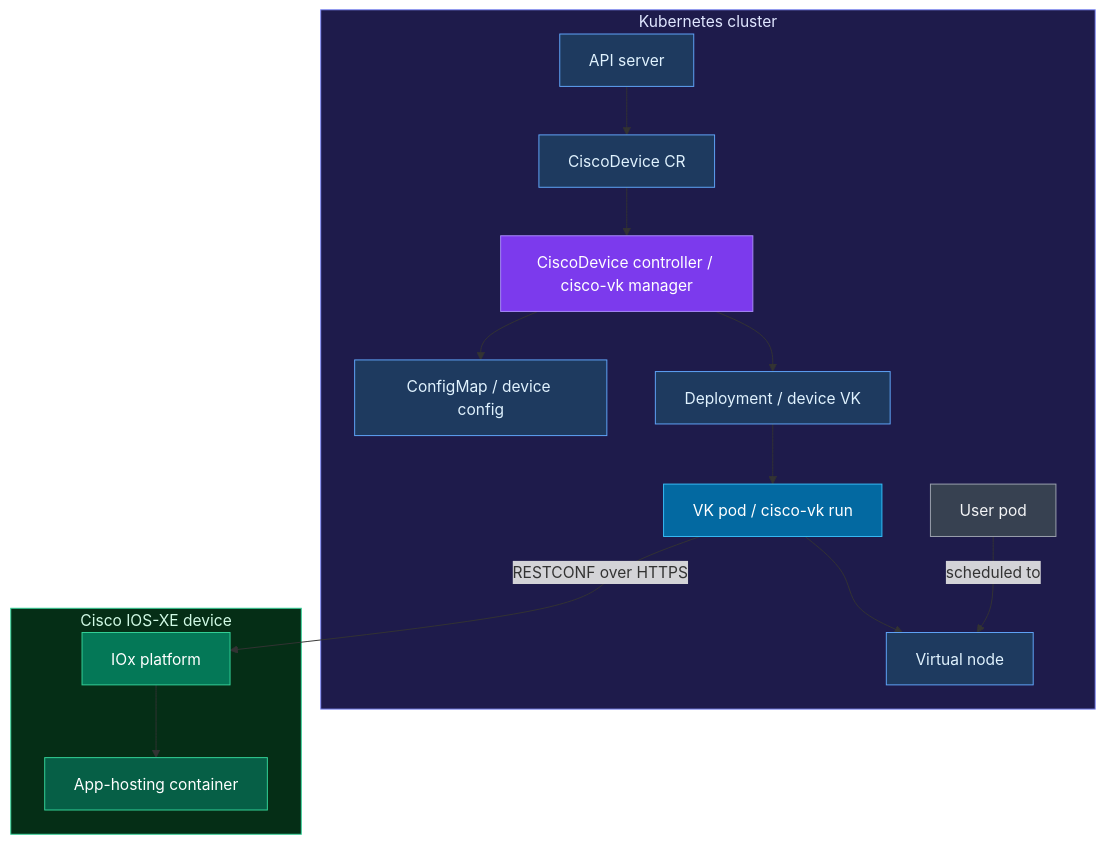
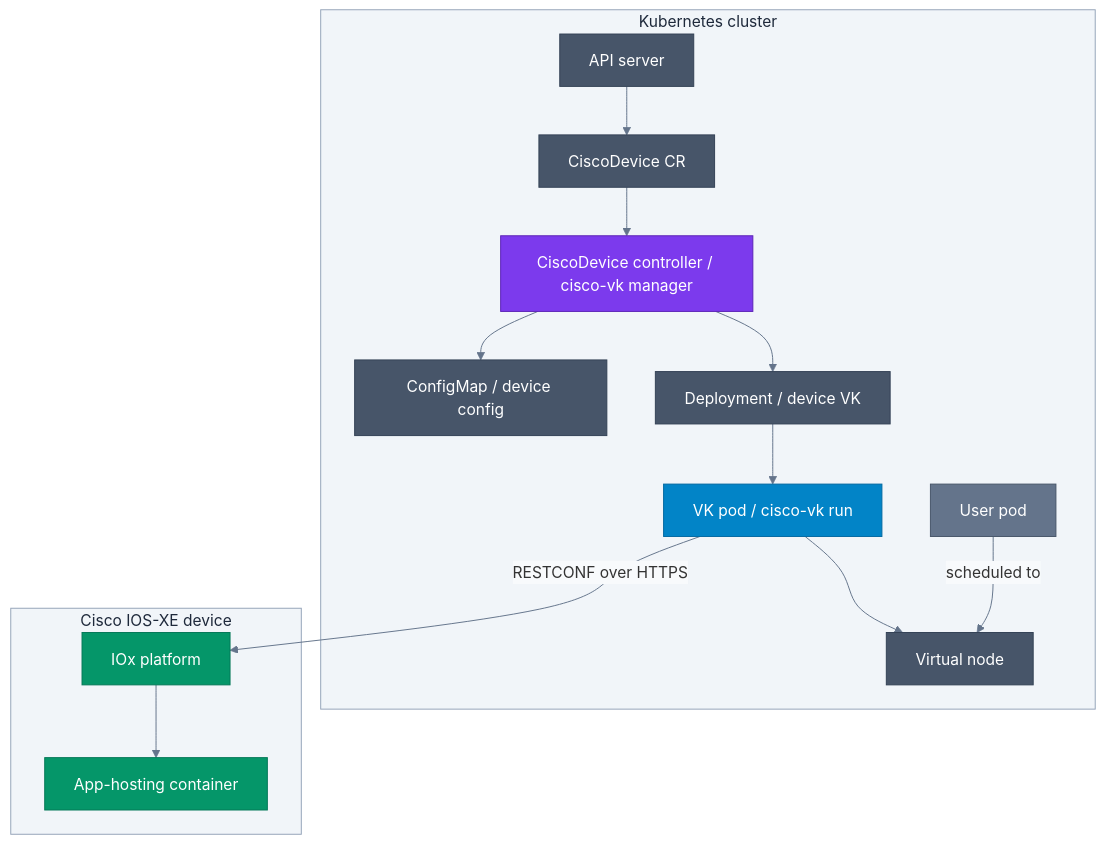
Before and after one commit to cisco-open/cisco-virtual-kubelet: the first of 4 diagrams in docs/ARCHITECTURE.md, drawn with Mermaid. The commit also changed 2 other files, not shown here.

````diff
--- a/docs/ARCHITECTURE.md
+++ b/docs/ARCHITECTURE.md
@@ -20,41 +20,40 @@
 ```mermaid
+%%{init: {'theme': 'base', 'themeVariables': {'background': '#ffffff', 'mainBkg': '#f8fafc', 'clusterBkg': '#f1f5f9', 'clusterBorder': '#94a3b8', 'lineColor': '#64748b', 'edgeLabelBackground': '#f8fafc', 'titleColor': '#1e293b'}}}%%
 flowchart TB
     subgraph Cluster["Kubernetes cluster"]
         API["API server"]
         CRD["CiscoDevice CR"]
         Controller["CiscoDevice controller / cisco-vk manager"]
         CM["ConfigMap / device config"]
         Dep["Deployment / device VK"]
         VK["VK pod / cisco-vk run"]
         Node["Virtual node"]
         Pod["User pod"]
     end
 
     subgraph IOSXE["Cisco IOS-XE device"]
         IOx["IOx platform"]
         Container["App-hosting container"]
     end
 
     API --> CRD
     CRD --> Controller
     Controller --> CM
     Controller --> Dep
     Dep --> VK
     VK --> Node
     Pod -->|"scheduled to"| Node
     VK -->|"RESTCONF over HTTPS"| IOx
     IOx --> Container
 
-    style Controller fill:#7c3aed,stroke:#a78bfa,color:#ffffff
-    style VK fill:#0369a1,stroke:#38bdf8,color:#ffffff
-    style IOx fill:#047857,stroke:#34d399,color:#ffffff
-    style Container fill:#065f46,stroke:#34d399,color:#ffffff
-    style API fill:#1e3a5f,stroke:#60a5fa,color:#e0f2fe
-    style CRD fill:#1e3a5f,stroke:#60a5fa,color:#e0f2fe
-    style CM fill:#1e3a5f,stroke:#60a5fa,color:#e0f2fe
-    style Dep fill:#1e3a5f,stroke:#60a5fa,color:#e0f2fe
-    style Node fill:#1e3a5f,stroke:#60a5fa,color:#e0f2fe
-    style Pod fill:#374151,stroke:#9ca3af,color:#f3f4f6
-    style Cluster fill:#1e1b4b,stroke:#818cf8,color:#e0e7ff
-    style IOSXE fill:#052e16,stroke:#34d399,color:#d1fae5
+    style Controller fill:#7c3aed,stroke:#5b21b6,color:#ffffff
+    style VK fill:#0284c7,stroke:#0369a1,color:#ffffff
+    style IOx fill:#059669,stroke:#047857,color:#ffffff
+    style Container fill:#059669,stroke:#047857,color:#ffffff
+    style API fill:#475569,stroke:#334155,color:#ffffff
+    style CRD fill:#475569,stroke:#334155,color:#ffffff
+    style CM fill:#475569,stroke:#334155,color:#ffffff
+    style Dep fill:#475569,stroke:#334155,color:#ffffff
+    style Node fill:#475569,stroke:#334155,color:#ffffff
+    style Pod fill:#64748b,stroke:#475569,color:#ffffff
 ```
````
